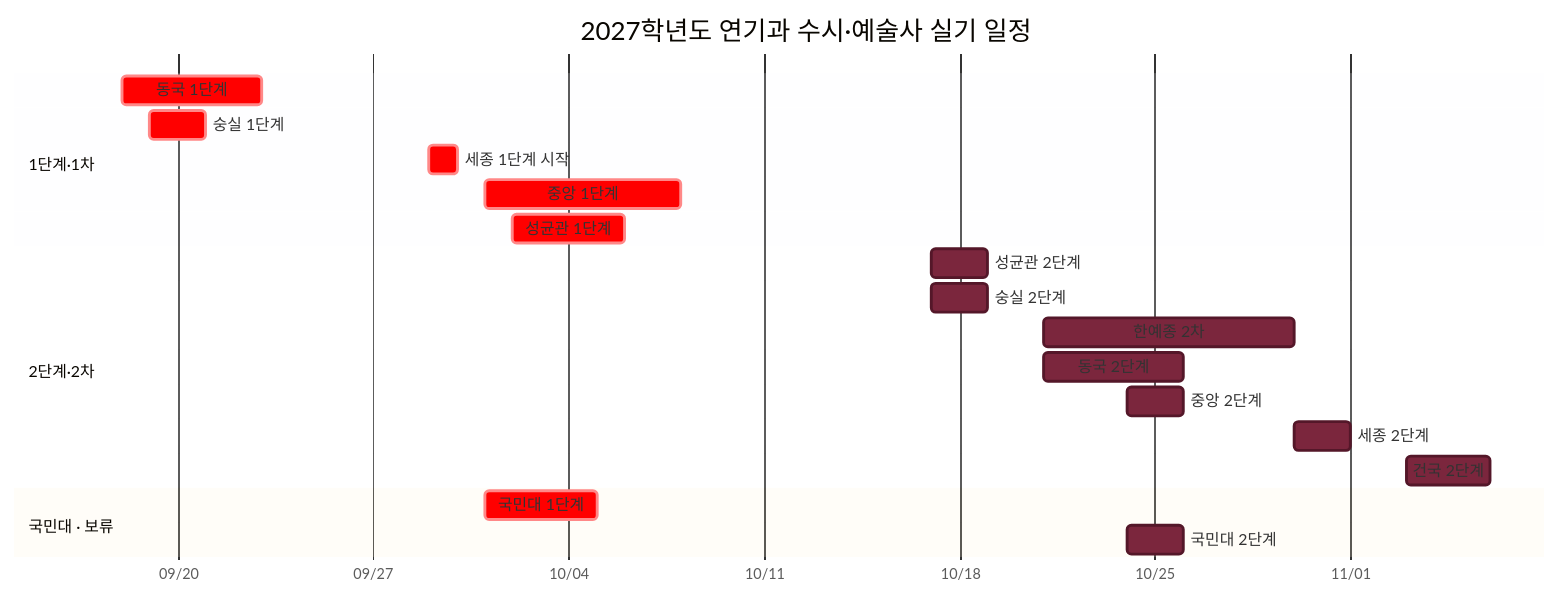
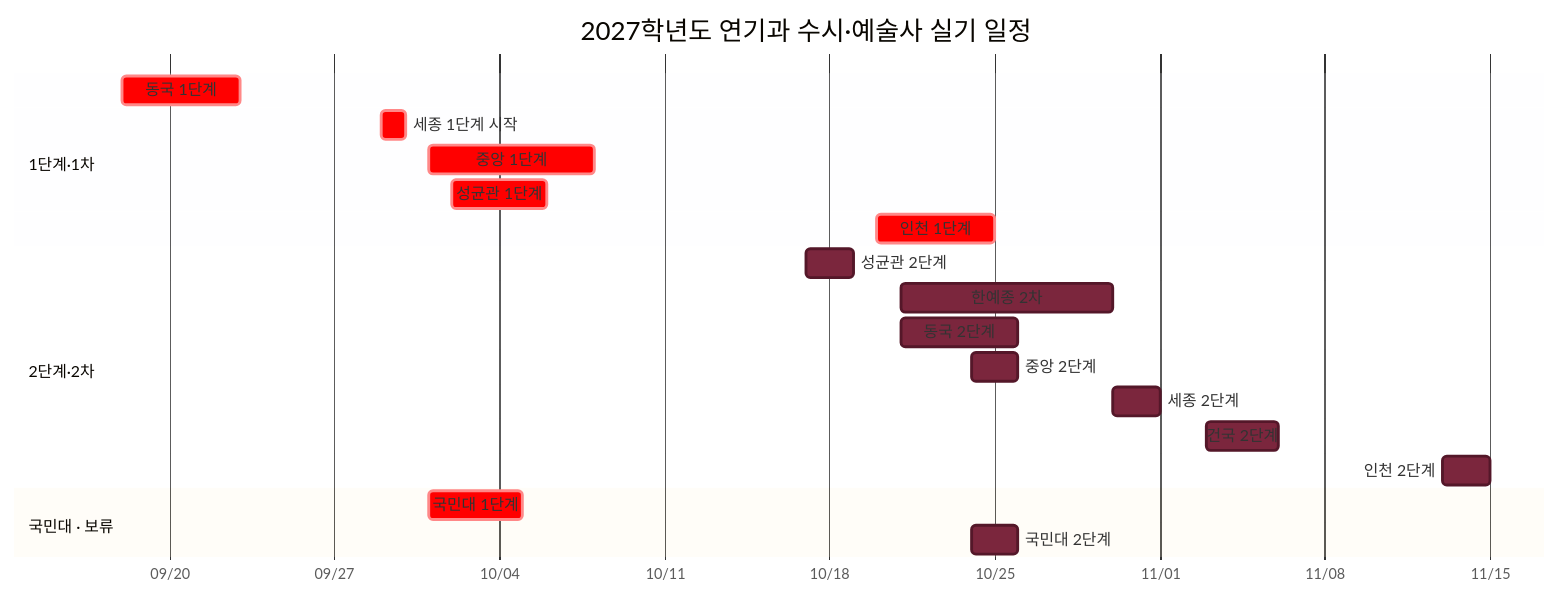
Before and after one commit to Aera0512/Base_: the diagram in 정리/입시/2027 연기과 시험 일정 그래프.md, drawn with Mermaid. The commit also changed other lines of this file and 1 other file, not shown here.

````diff
--- a/정리/입시/2027 연기과 시험 일정 그래프.md
+++ b/정리/입시/2027 연기과 시험 일정 그래프.md
@@ -23,27 +20,27 @@
 ```mermaid
 %%{init: {"theme":"base","themeVariables":{"taskBkgColor":"#E45757","taskBorderColor":"#B63A3A","doneTaskBkgColor":"#7B263D","doneTaskBorderColor":"#541729","doneTaskTextColor":"#FFFFFF"}}}%%
 gantt
     title 2027학년도 연기과 수시·예술사 실기 일정
     dateFormat  YYYY-MM-DD
     axisFormat  %m/%d
 
     section 1단계·1차
     동국 1단계                    :crit, dongguk1, 2026-09-18, 2026-09-23
-    숭실 1단계                    :crit, ssu1, 2026-09-19, 2026-09-21
     세종 1단계 시작               :crit, sejong1, 2026-09-29, 1d
     중앙 1단계                    :crit, cau1, 2026-10-01, 2026-10-08
     성균관 1단계                  :crit, skku1, 2026-10-02, 2026-10-06
+    인천 1단계                    :crit, inu1, 2026-10-20, 2026-10-25
 
     section 2단계·2차
     성균관 2단계                  :done, skku2, 2026-10-17, 2026-10-19
-    숭실 2단계                    :done, ssu2, 2026-10-17, 2026-10-19
     한예종 2차                    :done, karts2, 2026-10-21, 2026-10-30
     동국 2단계                    :done, dongguk2, 2026-10-21, 2026-10-26
     중앙 2단계                    :done, cau2, 2026-10-24, 2026-10-26
     세종 2단계                    :done, sejong2, 2026-10-30, 2026-11-01
     건국 2단계                    :done, konkuk2, 2026-11-03, 2026-11-06
+    인천 2단계                    :done, inu2, 2026-11-13, 2026-11-15
 
     section 국민대 · 보류
     국민대 1단계                  :crit, kookmin1, 2026-10-01, 2026-10-05
     국민대 2단계                  :done, kookmin2, 2026-10-24, 2026-10-26
 ```
````
